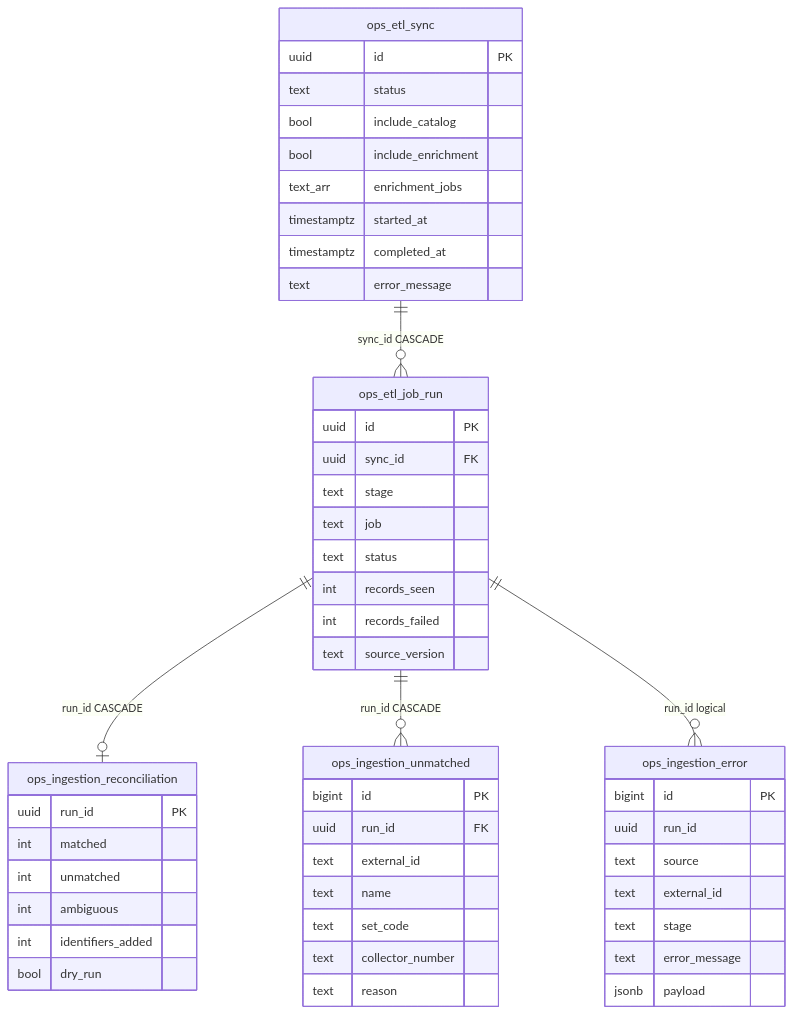
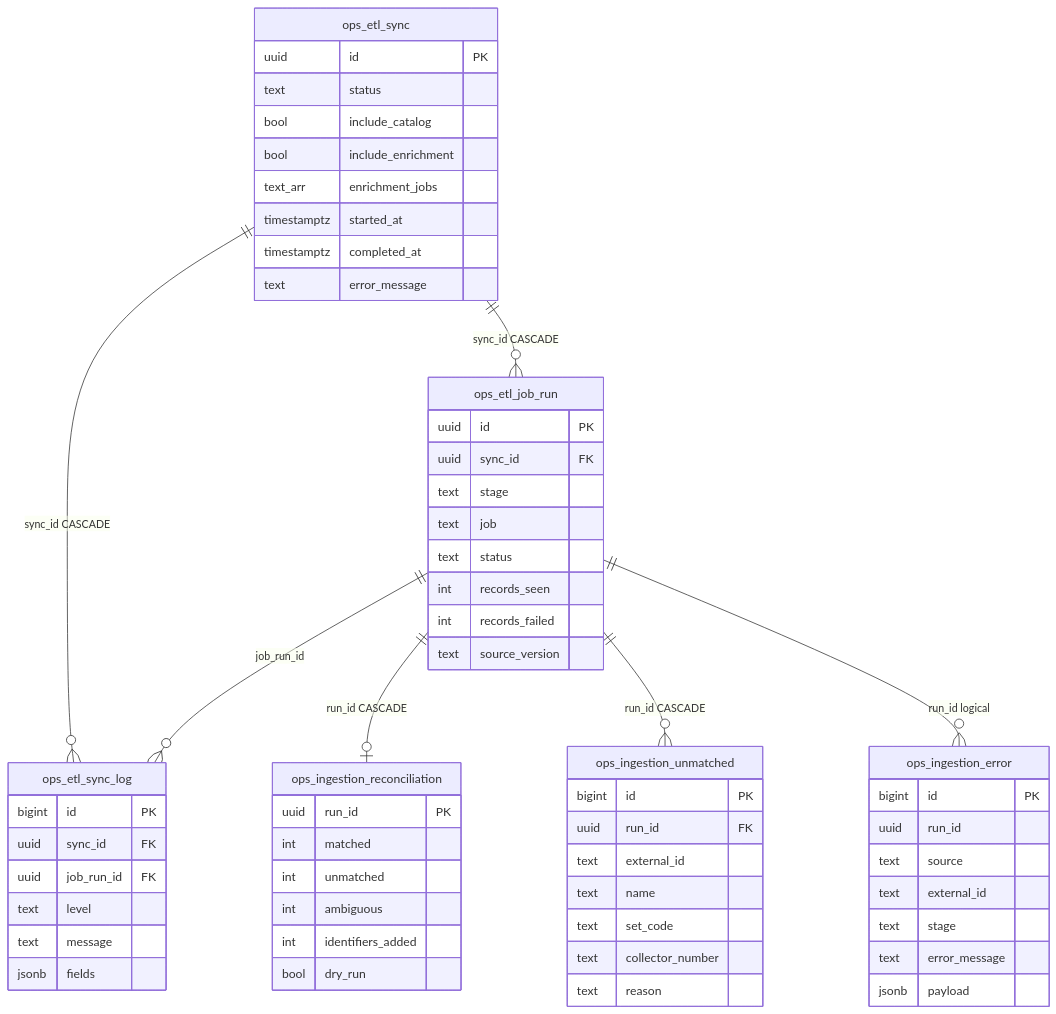
The diagram in docs/diagrams/erd-ops.mmd (kevinmccartney/respark), drawn with Mermaid before and after one commit. The commit also changed 23 other files, not shown here.

Commit message:
feat: etl sync logs persistance

```diff
--- a/docs/diagrams/erd-ops.mmd
+++ b/docs/diagrams/erd-ops.mmd
@@ -1,56 +1,67 @@
 erDiagram
   ops_etl_sync ||--o{ ops_etl_job_run : "sync_id CASCADE"
+  ops_etl_sync ||--o{ ops_etl_sync_log : "sync_id CASCADE"
+  ops_etl_job_run ||--o{ ops_etl_sync_log : "job_run_id"
   ops_etl_job_run ||--o| ops_ingestion_reconciliation : "run_id CASCADE"
   ops_etl_job_run ||--o{ ops_ingestion_unmatched : "run_id CASCADE"
   ops_etl_job_run ||--o{ ops_ingestion_error : "run_id logical"
 
   ops_etl_sync {
     uuid id PK
     text status
     bool include_catalog
     bool include_enrichment
     text_arr enrichment_jobs
     timestamptz started_at
     timestamptz completed_at
     text error_message
+  }
+
+  ops_etl_sync_log {
+    bigint id PK
+    uuid sync_id FK
+    uuid job_run_id FK
+    text level
+    text message
+    jsonb fields
   }
 
   ops_etl_job_run {
     uuid id PK
     uuid sync_id FK
     text stage
     text job
     text status
     int records_seen
     int records_failed
     text source_version
   }
 
   ops_ingestion_error {
     bigint id PK
     uuid run_id
     text source
     text external_id
     text stage
     text error_message
     jsonb payload
   }
 
   ops_ingestion_reconciliation {
     uuid run_id PK
     int matched
     int unmatched
     int ambiguous
     int identifiers_added
     bool dry_run
   }
 
   ops_ingestion_unmatched {
     bigint id PK
     uuid run_id FK
     text external_id
     text name
     text set_code
     text collector_number
     text reason
   }
```
